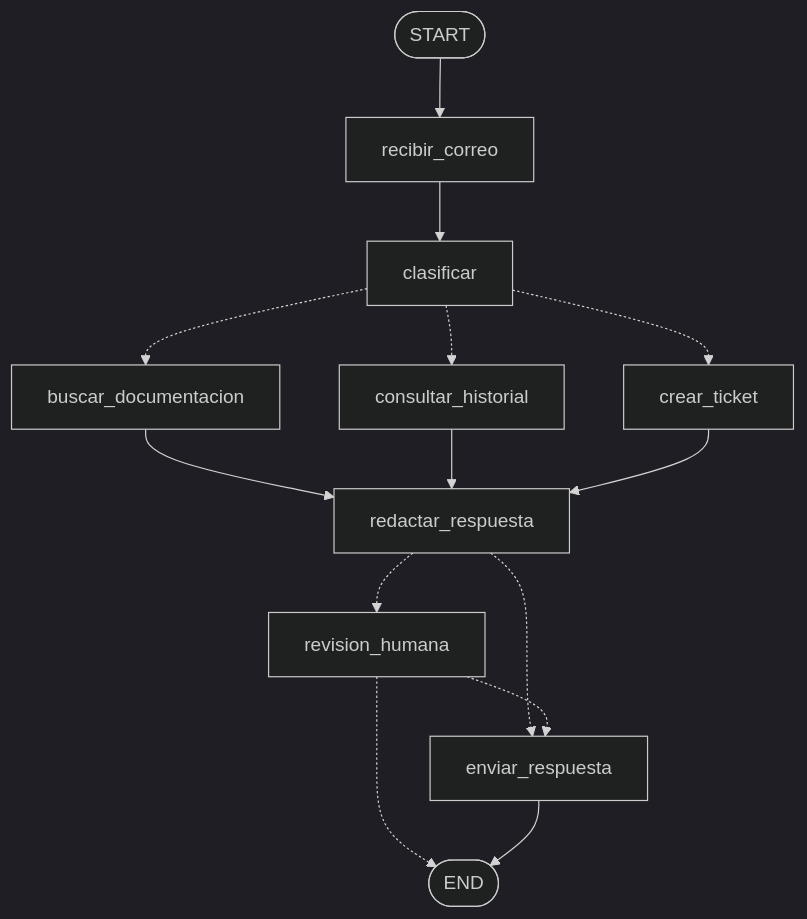
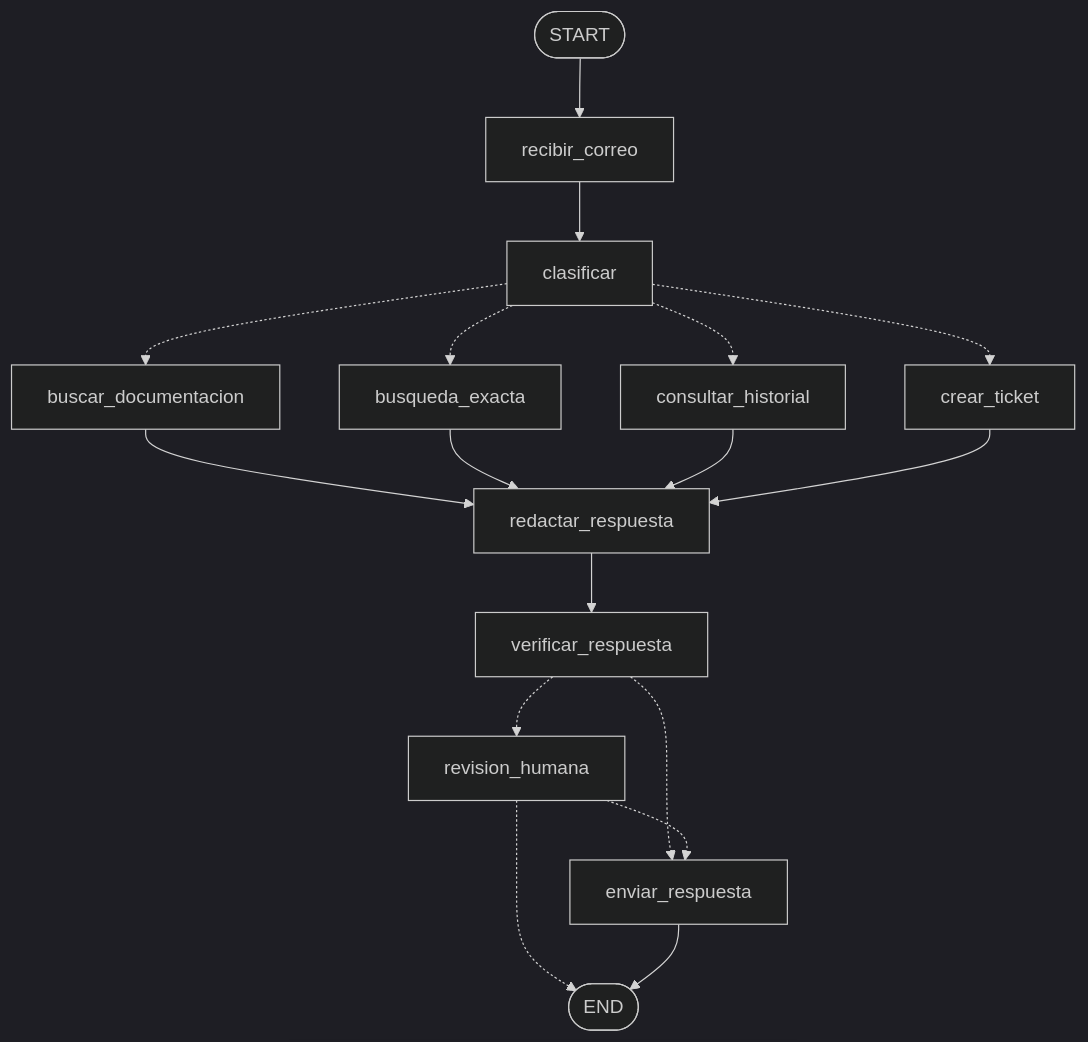
One commit to Cresponchilas/agente-soporte-correo changed the diagram in README.md. Above: the diagram before and after it, drawn with Mermaid (dark theme). The commit also changed other lines of this file and 15 other files, not shown here.

````diff
--- a/README.md
+++ b/README.md
@@ -22,15 +50,18 @@
 ```mermaid
 graph TD
     START([START]) --> recibir_correo --> clasificar
     clasificar -.-> buscar_documentacion
+    clasificar -.-> busqueda_exacta
     clasificar -.-> consultar_historial
     clasificar -.-> crear_ticket
     buscar_documentacion --> redactar_respuesta
+    busqueda_exacta --> redactar_respuesta
     consultar_historial --> redactar_respuesta
     crear_ticket --> redactar_respuesta
-    redactar_respuesta -.-> revision_humana
-    redactar_respuesta -.-> enviar_respuesta
+    redactar_respuesta --> verificar_respuesta
+    verificar_respuesta -.-> revision_humana
+    verificar_respuesta -.-> enviar_respuesta
     revision_humana -.-> enviar_respuesta
     revision_humana -.-> END([END])
     enviar_respuesta --> END
 ```
````
